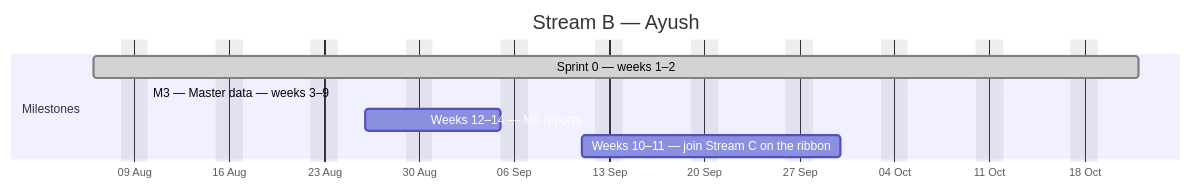
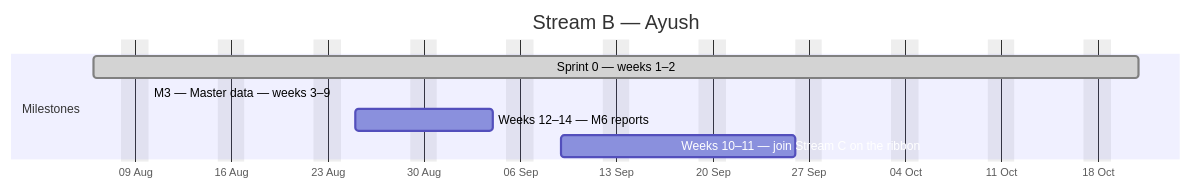
Before and after one commit to debashisedunext/EduTrack: the second of 4 diagrams in docs/plan/GANTT.md, drawn with Mermaid. The commit also changed other lines of this file and 3 other files, not shown here.

````diff
--- a/docs/plan/GANTT.md
+++ b/docs/plan/GANTT.md
@@ -123,12 +121,12 @@
 ```mermaid
 gantt
     dateFormat YYYY-MM-DD
     axisFormat %d %b
     title Stream B — Ayush
     excludes weekends
     section Milestones
-    Sprint 0 — weeks 1–2 :done, b0, 2026-08-06, 55d
-    M3 — Master data — weeks 3–9 :active, b1, 2026-08-10, -20d
-    Weeks 12–14 — M6 reports :b2, 2026-08-26, 8d
-    Weeks 10–11 — join Stream C on the ribbon :b3, 2026-09-11, 13d
+    Sprint 0 — weeks 1–2 :done, b0, 2026-08-06, 54d
+    M3 — Master data — weeks 3–9 :active, b1, 2026-08-10, -21d
+    Weeks 12–14 — M6 reports :b2, 2026-08-25, 8d
+    Weeks 10–11 — join Stream C on the ribbon :b3, 2026-09-09, 13d
 ```
````
